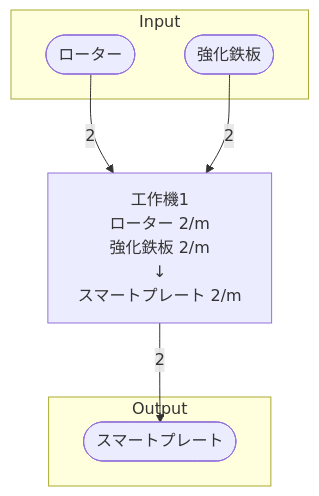
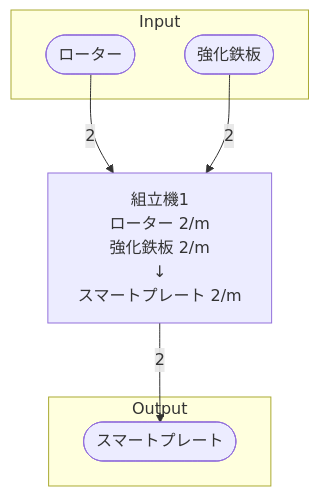
Before and after one commit to Suzuran-Amano/SatisfactoryTaskEfficiency: the diagram in 40_FactoryBuilding/初期一時スマートプレート工場/40_個別製造ライン設計書/個別製造ライン設計書_スマートプレート製造ライン.md, drawn with Mermaid. The commit also changed other lines of this file and 288 other files, not shown here.

````diff
--- a/40_FactoryBuilding/初期一時スマートプレート工場/40_個別製造ライン設計書/個別製造ライン設計書_スマートプレート製造ライン.md
+++ b/40_FactoryBuilding/初期一時スマートプレート工場/40_個別製造ライン設計書/個別製造ライン設計書_スマートプレート製造ライン.md
@@ -19,24 +21,24 @@
 ```mermaid
 flowchart TD
 
 subgraph Input
     ローター([ローター])
     強化鉄板([強化鉄板])
 end
 
-工作機1[
-    工作機1
+組立機1[
+    組立機1
     ローター 2/m
     強化鉄板 2/m
     ↓
     スマートプレート 2/m
 ]
 
 subgraph Output
     スマートプレート([スマートプレート])
 end
 
-ローター-->|2|工作機1
-強化鉄板-->|2|工作機1
-工作機1-->|2|スマートプレート
+ローター-->|2|組立機1
+強化鉄板-->|2|組立機1
+組立機1-->|2|スマートプレート
 ```
````
